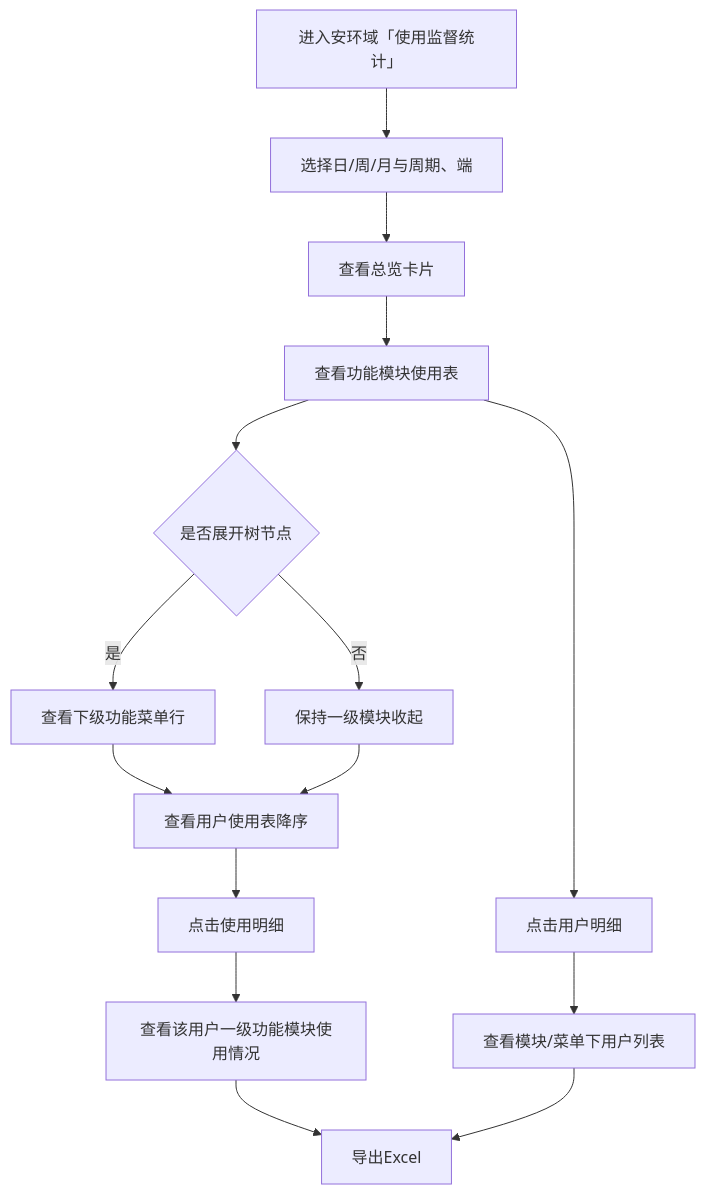
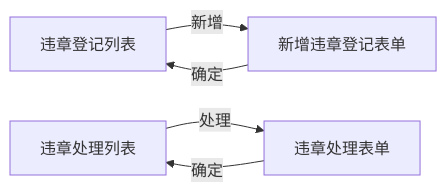
Before and after one commit to liaoliao66/SES: the second of 2 diagrams in docs/versions/v1.1.0/prd.md, drawn with Mermaid. The commit also changed other lines of this file and 10 other files, not shown here.

````diff
--- a/docs/versions/v1.1.0/prd.md
+++ b/docs/versions/v1.1.0/prd.md
@@ -139,17 +223,7 @@
 ```mermaid
-flowchart TD
-  A[进入安环域「使用监督统计」] --> B[选择日/周/月与周期、端]
-  B --> C[查看总览卡片]
-  C --> D[查看功能模块使用表]
-  D --> E{是否展开树节点}
-  E -->|是| F[查看下级功能菜单行]
-  E -->|否| G[保持一级模块收起]
-  F --> H[查看用户使用表降序]
-  G --> H
-  H --> I[点击使用明细]
-  I --> J[查看该用户一级功能模块使用情况]
-  D --> K[点击用户明细]
-  K --> L[查看模块/菜单下用户列表]
-  J --> M[导出Excel]
-  L --> M
+flowchart LR
+  A[违章登记列表] -->|新增| B[新增违章登记表单]
+  B -->|确定| A
+  C[违章处理列表] -->|处理| D[违章处理表单]
+  D -->|确定| C
 ```
````
